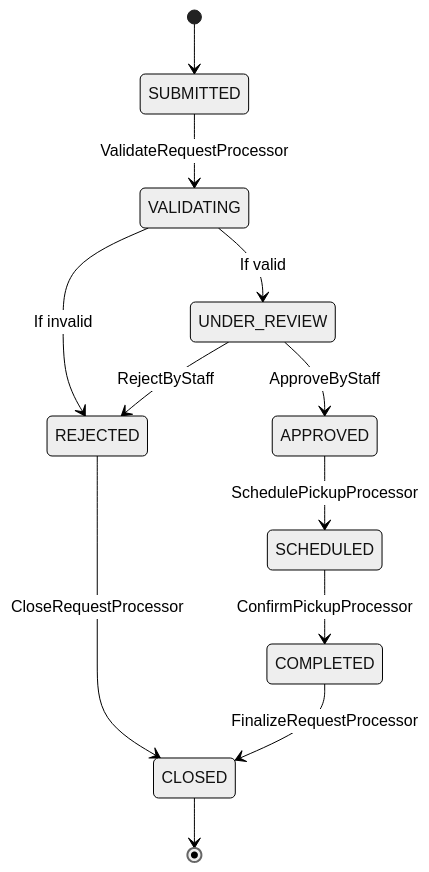
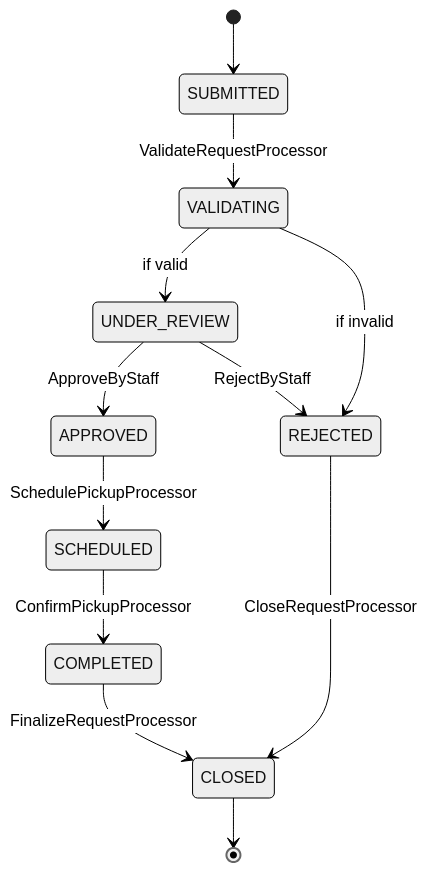
The third of 3 diagrams in src/main/java/com/java_template/prototype/functional_requirement.md (Cyoda-platform/java-client-template), drawn with Mermaid (neutral theme) before and after one commit. The commit also changed other lines of this file, not shown here.

````diff
--- a/src/main/java/com/java_template/prototype/functional_requirement.md
+++ b/src/main/java/com/java_template/prototype/functional_requirement.md
@@ -103,14 +197,14 @@
 ```mermaid
 stateDiagram-v2
     [*] --> SUBMITTED
     SUBMITTED --> VALIDATING : ValidateRequestProcessor
-    VALIDATING --> UNDER_REVIEW : If valid
-    VALIDATING --> REJECTED : If invalid
+    VALIDATING --> UNDER_REVIEW : if valid
+    VALIDATING --> REJECTED : if invalid
     UNDER_REVIEW --> APPROVED : ApproveByStaff
     UNDER_REVIEW --> REJECTED : RejectByStaff
     APPROVED --> SCHEDULED : SchedulePickupProcessor
     SCHEDULED --> COMPLETED : ConfirmPickupProcessor
+    COMPLETED --> CLOSED : FinalizeRequestProcessor
     REJECTED --> CLOSED : CloseRequestProcessor
-    COMPLETED --> CLOSED : FinalizeRequestProcessor
     CLOSED --> [*]
 ```
````
